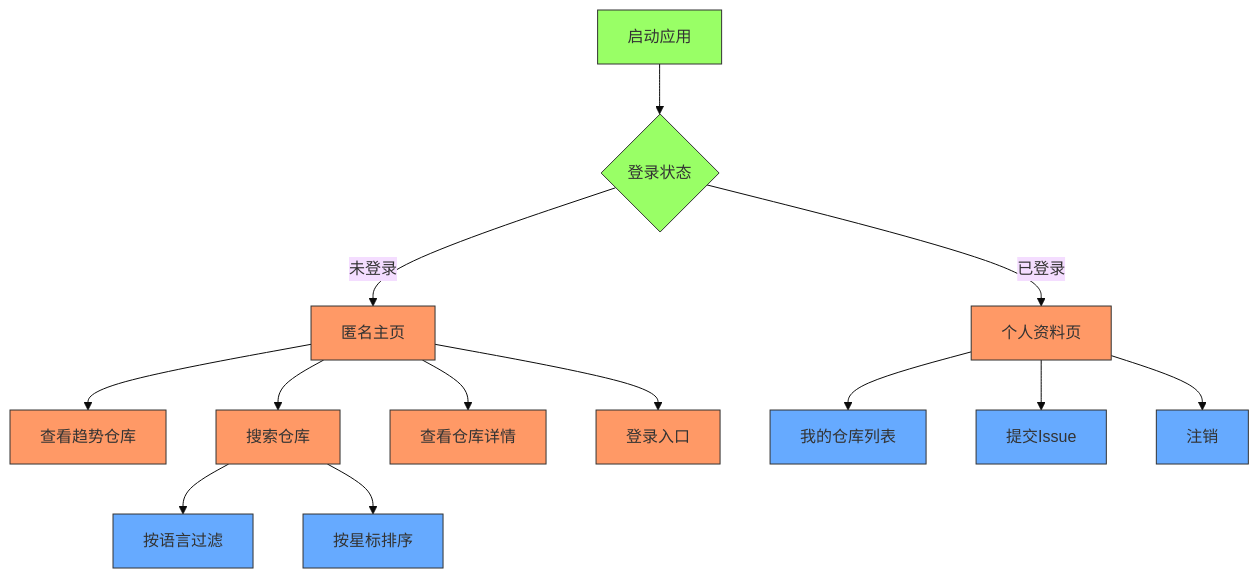
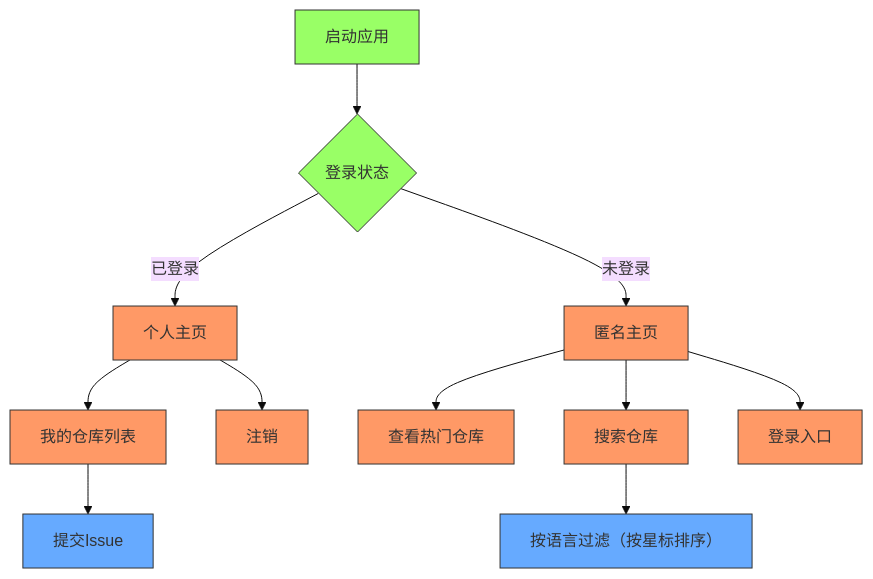
Before and after one commit to aCupOfBitterCoffee/GithubPOC: the first of 3 diagrams in umlSampleDesign.md, drawn with Mermaid (base theme).

Commit message:
update UML

````diff
--- a/umlSampleDesign.md
+++ b/umlSampleDesign.md
@@ -7,26 +7,25 @@
 ```mermaid
 graph TD
     A[启动应用] --> B{登录状态}
-    B -- 已登录 --> C[个人资料页]
+    B -- 已登录 --> C[个人主页]
     B -- 未登录 --> D[匿名主页]
     
-    D --> E[查看趋势仓库]
+    D --> E[查看热门仓库]
     D --> F[搜索仓库]
-    D --> G[查看仓库详情]
     D --> H[登录入口]
     
     C --> I[我的仓库列表]
-    C --> J[提交Issue]
+    I --> J[提交Issue]
     C --> K[注销]
     
-    F --> L[按语言过滤]
-    F --> M[按星标排序]
+    F --> L[按语言过滤（按星标排序）]
+
     
     classDef green fill:#9f6,stroke:#333;
     classDef orange fill:#f96,stroke:#333;
     classDef blue fill:#6af,stroke:#333;
     
     class A,B green
-    class C,D,E,F,G,H orange
-    class I,J,K,L,M blue
+    class C,D,E,F,G,H,I,K orange
+    class J,L,M blue
 ```
````
